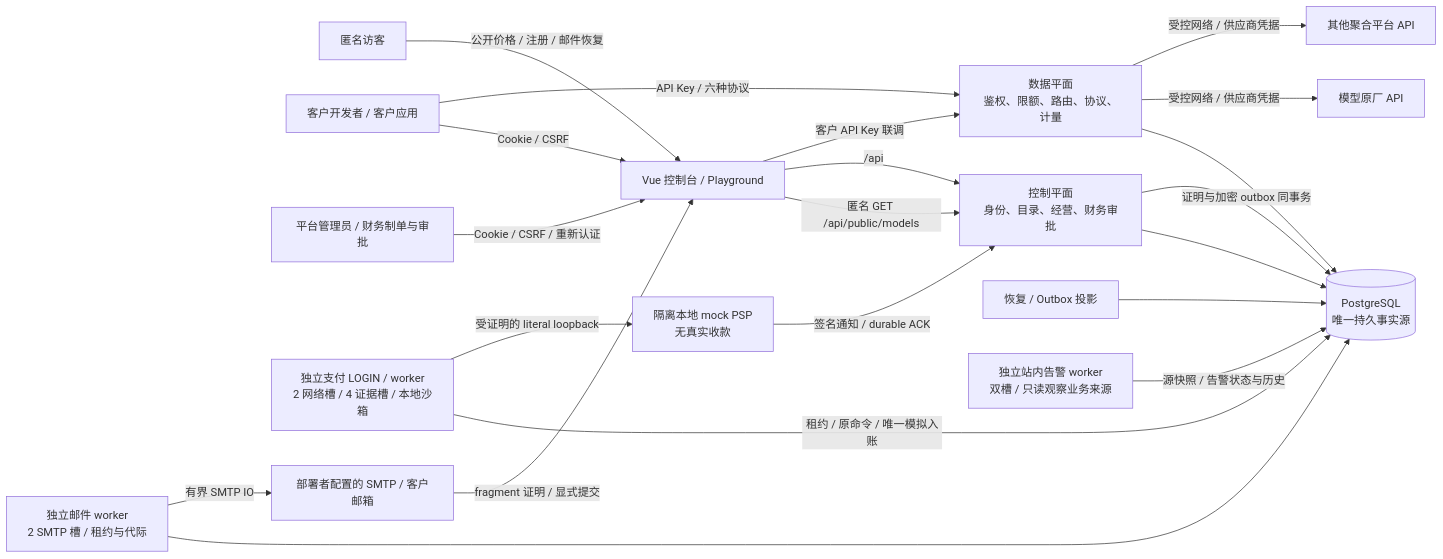
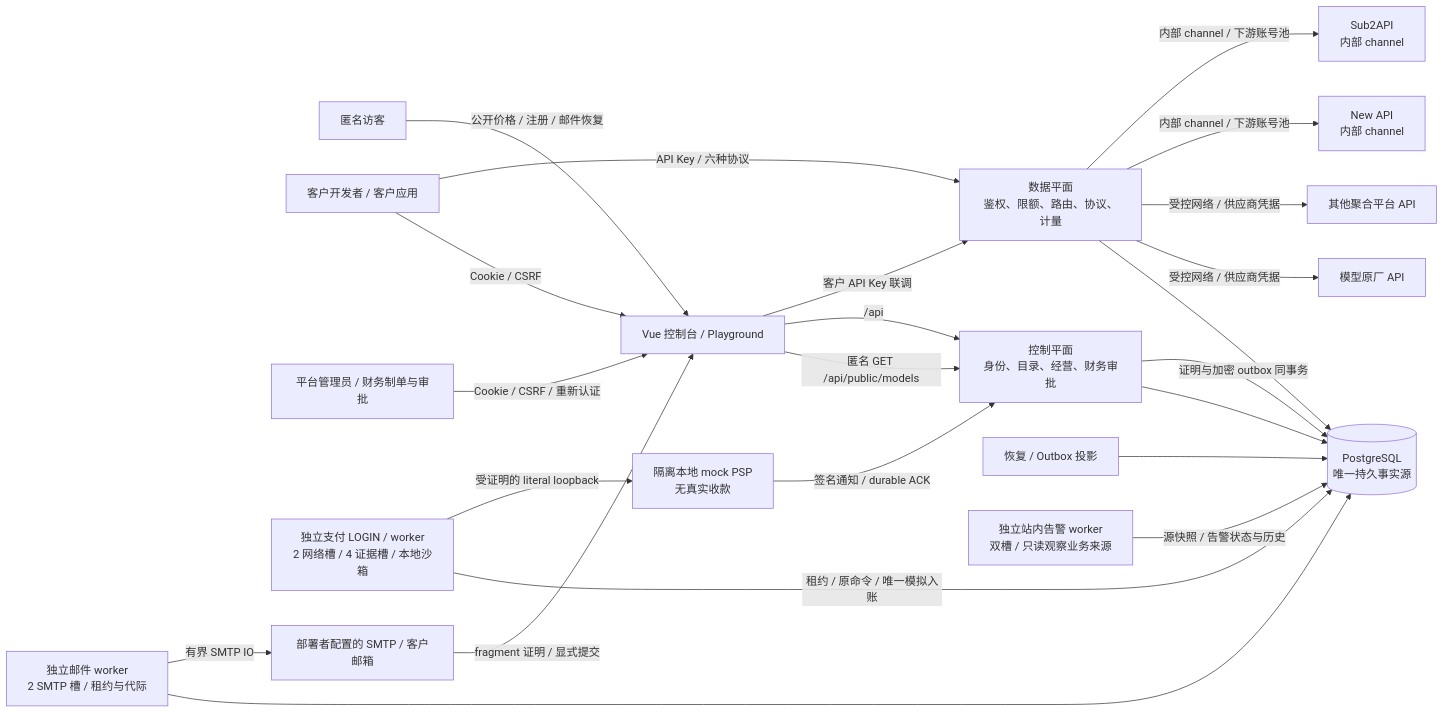
The second of 24 diagrams in docs/architecture/README.md (workhold/moni-aigate), drawn with Mermaid before and after one commit. The commit also changed other lines of this file and 14 other files, not shown here.

Commit message:
docs: align roadmap with external upstream integration

````diff
--- a/docs/architecture/README.md
+++ b/docs/architecture/README.md
@@ -80,38 +97,44 @@
 ```mermaid
 flowchart LR
     Visitor[匿名访客]
     Customer[客户开发者 / 客户应用]
     Operator[平台管理员 / 财务制单与审批]
     Browser[Vue 控制台 / Playground]
     Console[控制平面\n身份、目录、经营、财务审批]
     Gateway[数据平面\n鉴权、限额、路由、协议、计量]
     DB[(PostgreSQL\n唯一持久事实源)]
     Workers[恢复 / Outbox 投影]
     MailWorker[独立邮件 worker\n2 SMTP 槽 / 租约与代际]
     AlertWorker[独立站内告警 worker\n双槽 / 只读观察业务来源]
     PaymentWorker[独立支付 LOGIN / worker\n2 网络槽 / 4 证据槽 / 本地沙箱]
     LocalPSP[隔离本地 mock PSP\n无真实收款]
     SMTP[部署者配置的 SMTP / 客户邮箱]
     Official[模型原厂 API]
+    NewAPI[New API
+内部 channel]
+    Sub2API[Sub2API
+内部 channel]
     Aggregator[其他聚合平台 API]
     Visitor -->|公开价格 / 注册 / 邮件恢复| Browser
     Browser -->|匿名 GET /api/public/models| Console
     Customer -->|Cookie / CSRF| Browser
     Operator -->|Cookie / CSRF / 重新认证| Browser
     Browser -->|/api| Console
     Browser -->|客户 API Key 联调| Gateway
     Customer -->|API Key / 六种协议| Gateway
     Console --> DB
     Gateway --> DB
     Workers --> DB
     AlertWorker -->|源快照 / 告警状态与历史| DB
     PaymentWorker -->|租约 / 原命令 / 唯一模拟入账| DB
     PaymentWorker -->|受证明的 literal loopback| LocalPSP
     LocalPSP -->|签名通知 / durable ACK| Console
     Console -->|证明与加密 outbox 同事务| DB
     MailWorker --> DB
     MailWorker -->|有界 SMTP IO| SMTP
     SMTP -->|fragment 证明 / 显式提交| Browser
     Gateway -->|受控网络 / 供应商凭据| Official
     Gateway -->|受控网络 / 供应商凭据| Aggregator
+    Gateway -->|内部 channel / 下游账号池| NewAPI
+    Gateway -->|内部 channel / 下游账号池| Sub2API
 ```
````
